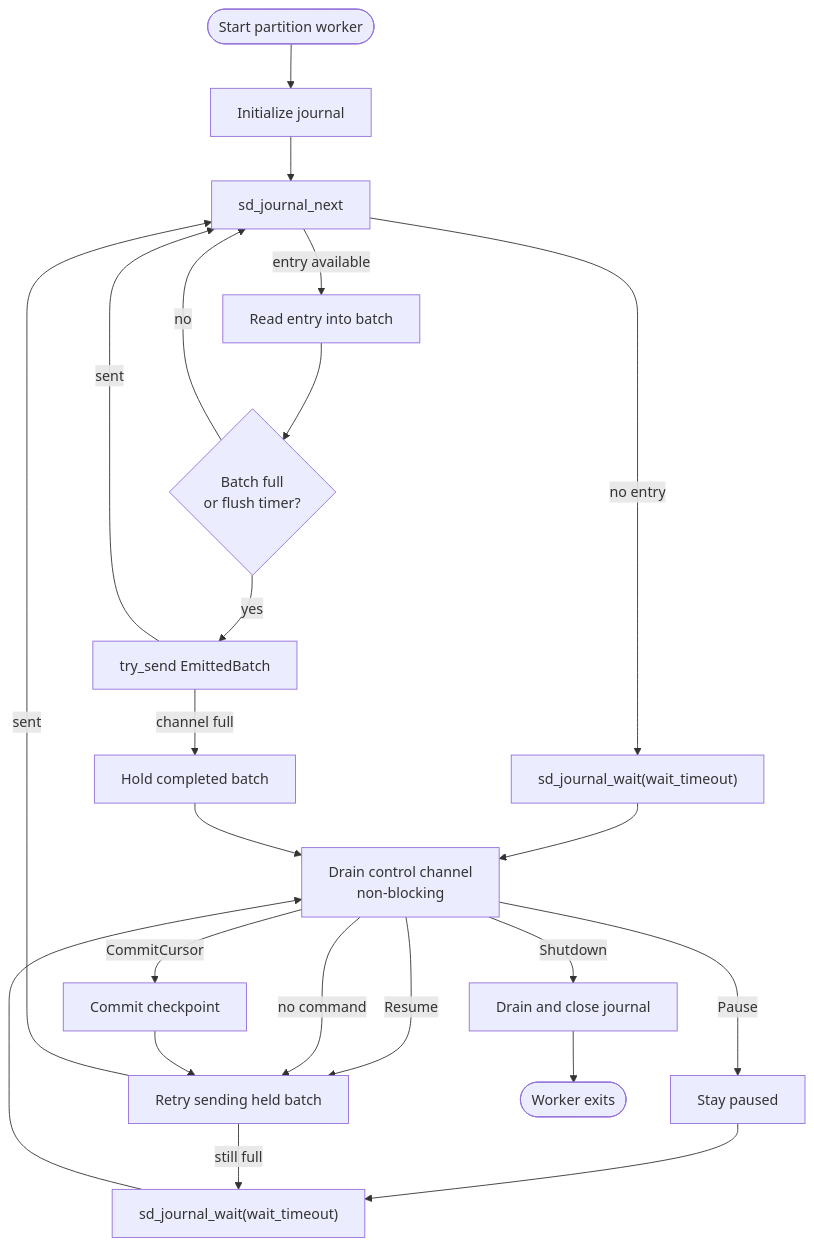
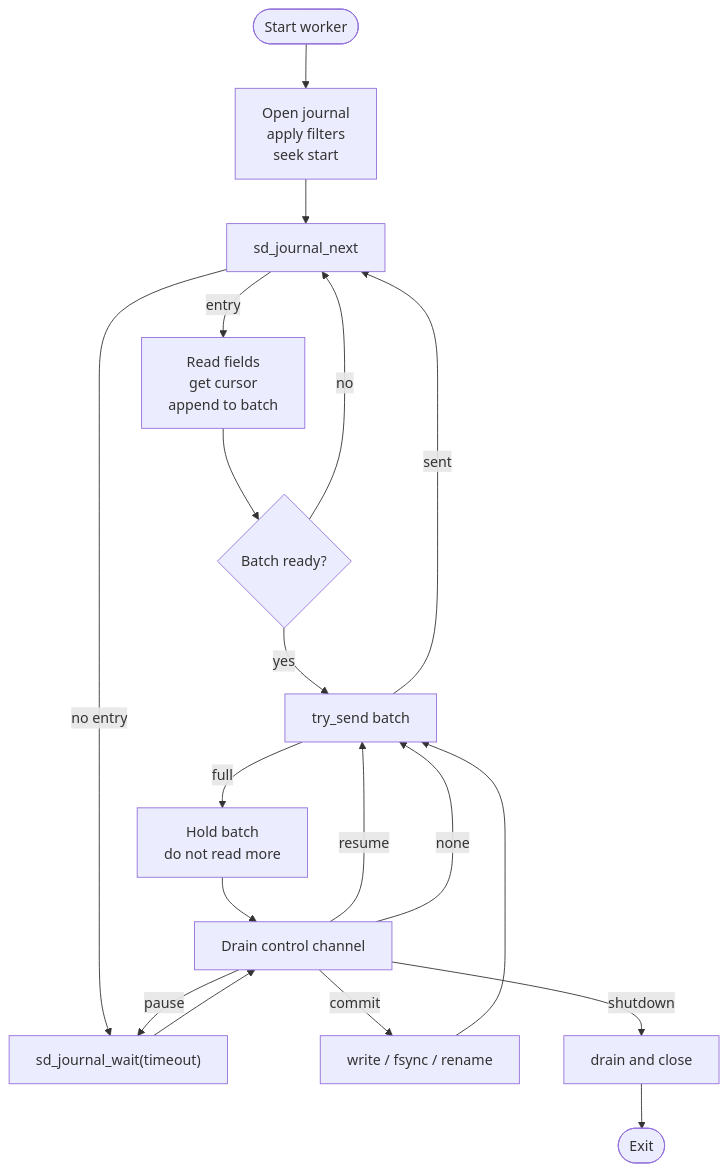
Before and after one commit to open-telemetry/otel-arrow: the second of 2 diagrams in rust/otap-dataflow/docs/journald-receiver.md, drawn with Mermaid. The commit also changed other lines of this file, not shown here.

````diff
--- a/rust/otap-dataflow/docs/journald-receiver.md
+++ b/rust/otap-dataflow/docs/journald-receiver.md
@@ -126,34 +88,21 @@
 ```mermaid
 flowchart TD
-    Start([Start partition worker]) --> Init["Initialize journal"]
-
+    Start([Start worker]) --> Init["Open journal<br/>apply filters<br/>seek start"]
     Init --> Next[sd_journal_next]
-
-    Next -->|entry available| Read["Read entry into batch"]
-    Next -->|no entry| Wait["sd_journal_wait(wait_timeout)"]
+    Next -->|entry| Build["Read fields<br/>get cursor<br/>append to batch"]
+    Next -->|no entry| Wait["sd_journal_wait(timeout)"]
     Wait --> Control
-
-    Read --> Flush{Batch full<br/>or flush timer?}
-    Flush -->|no| Next
-    Flush -->|yes| Send["try_send EmittedBatch"]
-
+    Build --> Ready{Batch ready?}
+    Ready -->|no| Next
+    Ready -->|yes| Send["try_send batch"]
     Send -->|sent| Next
-    Send -->|channel full| Held["Hold completed batch"]
-
-    Held --> Control["Drain control channel<br/>non-blocking"]
-
-    Control -->|Shutdown| Drain["Drain and close journal"]
-    Control -->|Pause| HeldWait["Stay paused"]
-    Control -->|Resume| RetrySend
-    Control -->|CommitCursor| Commit["Commit checkpoint"]
-    Control -->|no command| RetrySend
-
-    Commit --> RetrySend[Retry sending held batch]
-    HeldWait --> BoundedWait["sd_journal_wait(wait_timeout)"]
-    BoundedWait --> Control
-
-    RetrySend -->|sent| Next
-    RetrySend -->|still full| BoundedWait
-
-    Drain --> Done([Worker exits])
+    Send -->|full| Hold["Hold batch<br/>do not read more"]
+    Hold --> Control["Drain control channel"]
+    Control -->|commit| Commit["write / fsync / rename"]
+    Control -->|pause| Wait
+    Control -->|resume| Send
+    Control -->|shutdown| Drain["drain and close"]
+    Control -->|none| Send
+    Commit --> Send
+    Drain --> Done([Exit])
 ```
````
